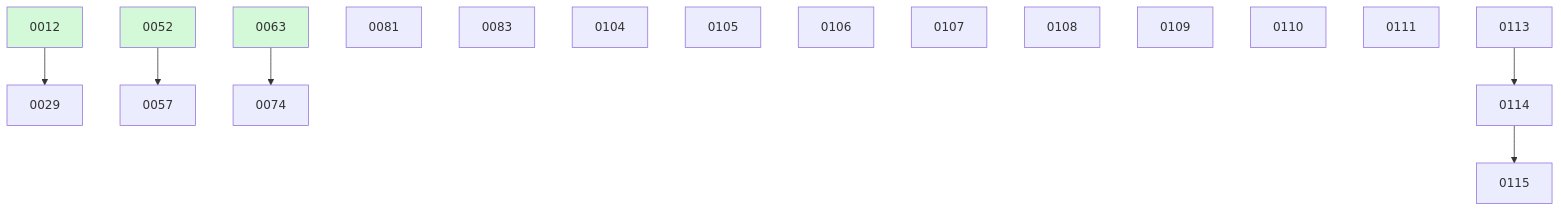
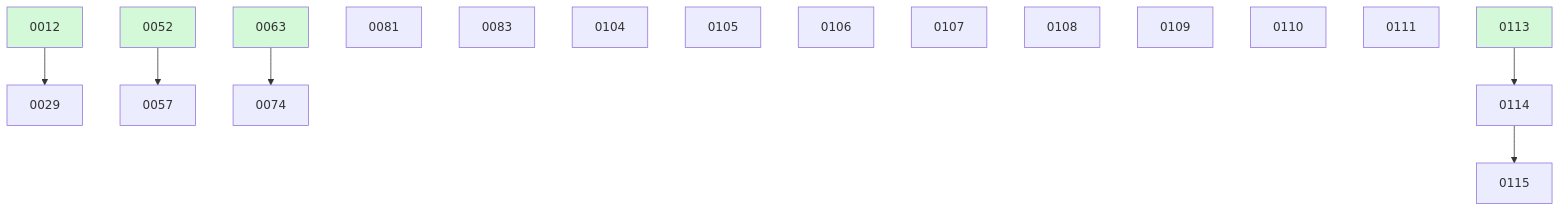
Before and after one commit to ethanhinson/fuse: the diagram in docs/changes/BOARD.md, drawn with Mermaid. The commit also changed other lines of this file and 4 other files, not shown here.

````diff
--- a/docs/changes/BOARD.md
+++ b/docs/changes/BOARD.md
@@ -41,23 +40,23 @@
 ```mermaid
 graph TD
   0012 --> 0029
   0052 --> 0057
   0063 --> 0074
   0081
   0083
   0104
   0105
   0106
   0107
   0108
   0109
   0110
   0111
-  0113
   0113 --> 0114
   0114 --> 0115
   0012:::done
   0052:::done
   0063:::done
+  0113:::done
   classDef done fill:#d3f9d8;
 ```
````
